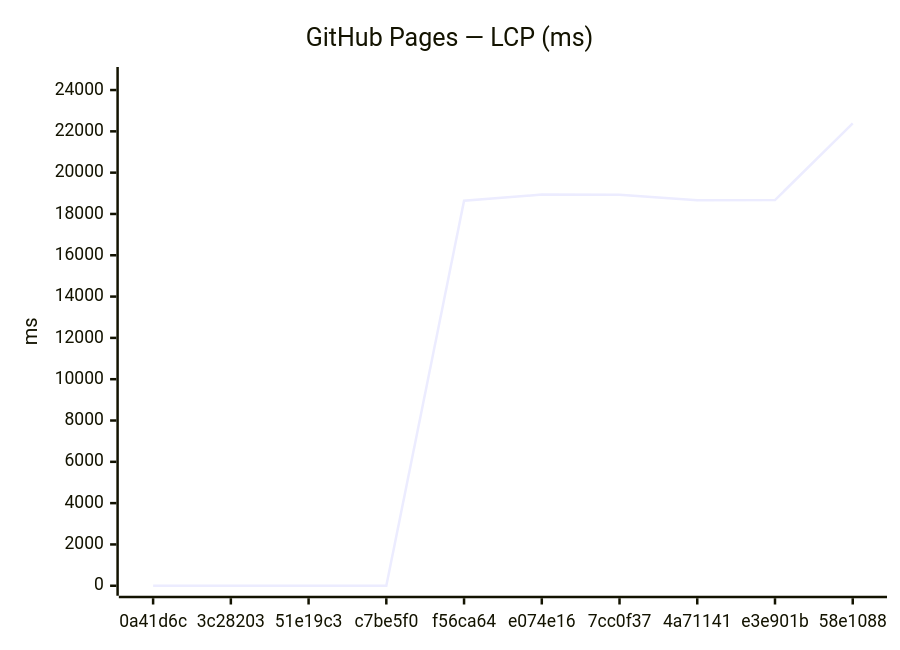
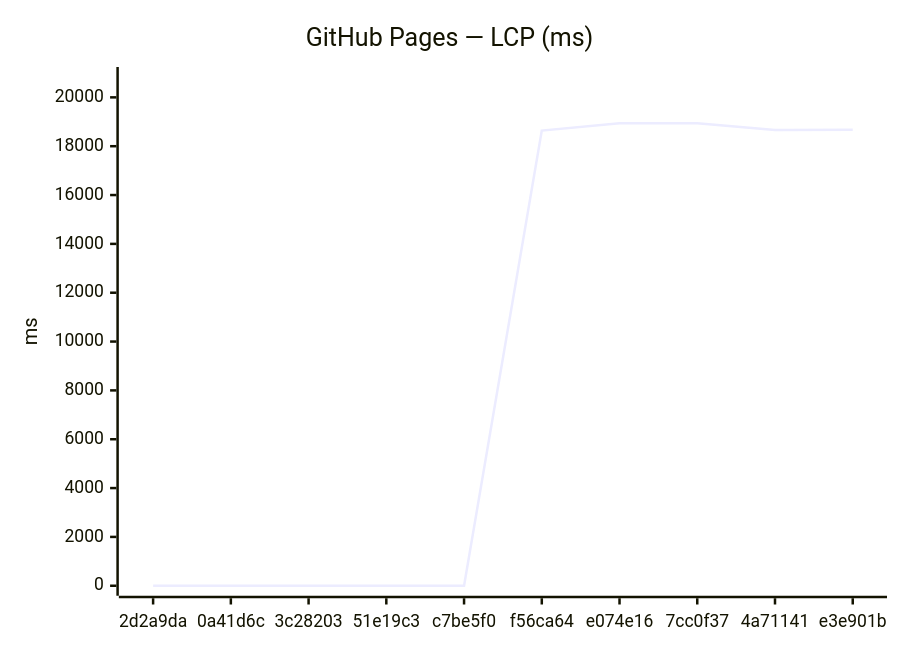
The third of 18 diagrams in benchmarks/compare.md (Metaheurist/Rianell), drawn with Mermaid before and after one commit. The commit also changed other lines of this file and 11 other files, not shown here.

````diff
--- a/benchmarks/compare.md
+++ b/benchmarks/compare.md
@@ -54,7 +54,7 @@
 ```mermaid
 xychart-beta
     title "GitHub Pages — LCP (ms)"
-    x-axis ["0a41d6c", "3c28203", "51e19c3", "c7be5f0", "f56ca64", "e074e16", "7cc0f37", "4a71141", "e3e901b", "58e1088"]
-    y-axis "ms" 0 --> 24631
-    line [0, 0, 0, 0, 18641, 18940, 18936, 18660, 18674, 22391]
+    x-axis ["2d2a9da", "0a41d6c", "3c28203", "51e19c3", "c7be5f0", "f56ca64", "e074e16", "7cc0f37", "4a71141", "e3e901b"]
+    y-axis "ms" 0 --> 20834
+    line [0, 0, 0, 0, 0, 18641, 18940, 18936, 18660, 18674]
 ```
````
